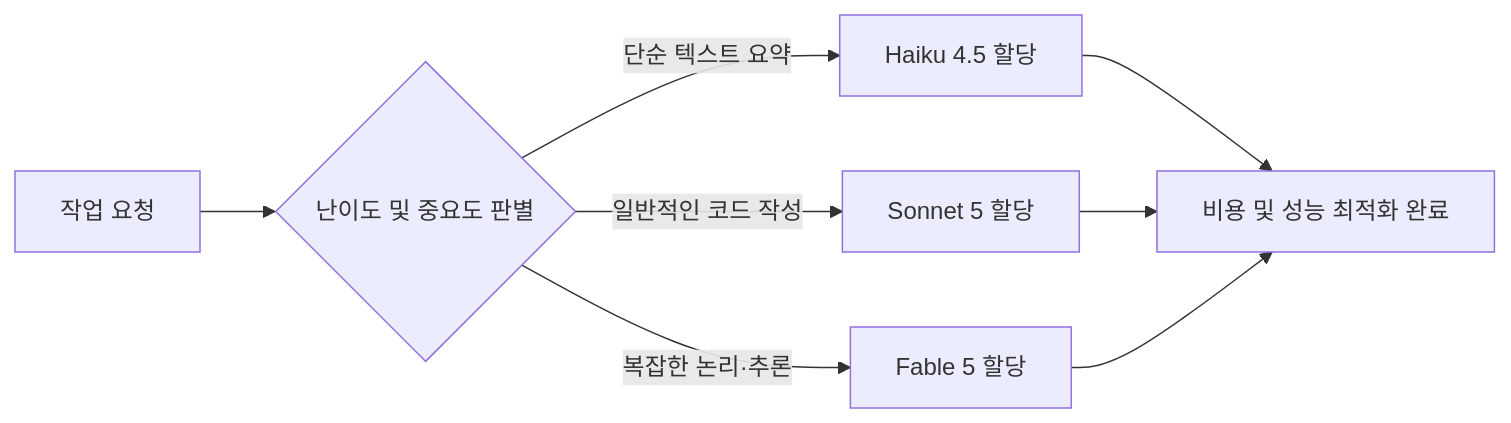
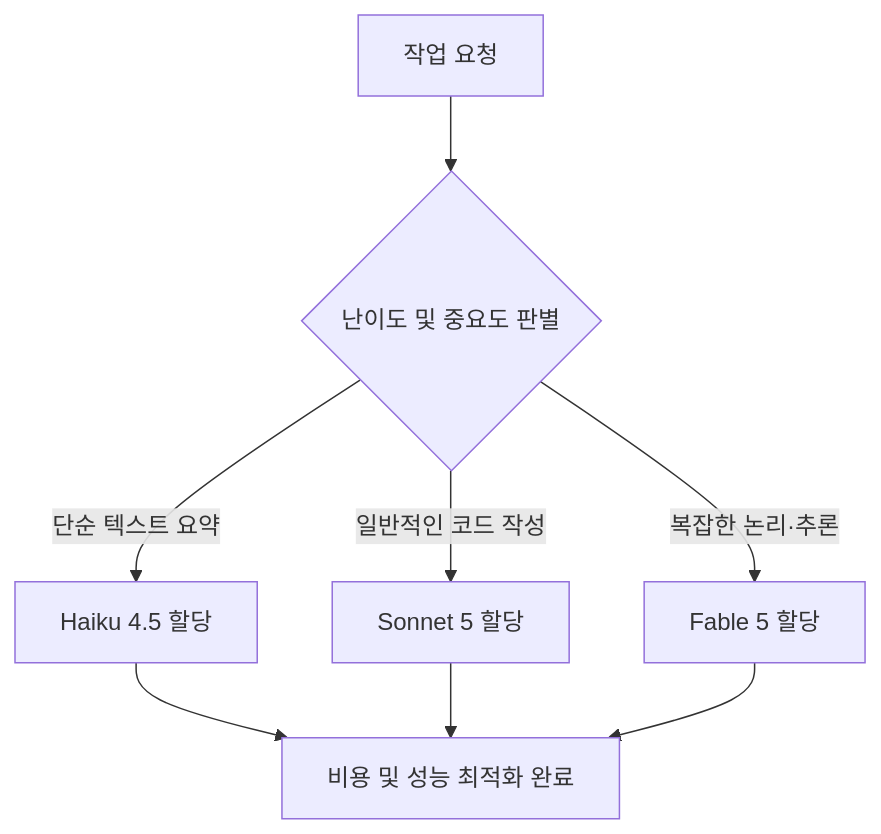
Before and after one commit to thishw/hw_insight: the diagram in content/posts/2026-07-10-metered-intelligence.md, drawn with Mermaid. The commit also changed other lines of this file, not shown here.

Commit message:
post: 지능의 계량기 시대: 무제한 요금제의 종말과 새로운 비용 역량 (#84)
gate-version: 1.4.0

````diff
--- a/content/posts/2026-07-10-metered-intelligence.md
+++ b/content/posts/2026-07-10-metered-intelligence.md
@@ -66,10 +67,10 @@
 ```mermaid
-graph LR
+graph TD
     A[작업 요청] --> B{난이도 및 중요도 판별}
     B -->|단순 텍스트 요약| C[Haiku 4.5 할당]
     B -->|일반적인 코드 작성| D[Sonnet 5 할당]
     B -->|복잡한 논리·추론| E[Fable 5 할당]
     C --> F[비용 및 성능 최적화 완료]
     D --> F
     E --> F
 ```
````
